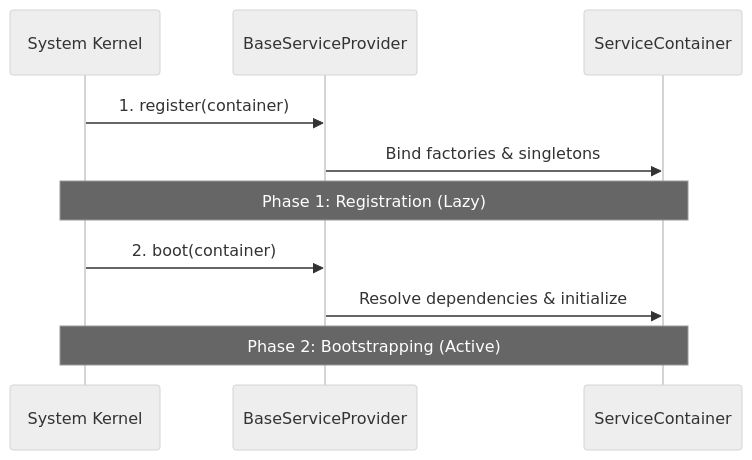
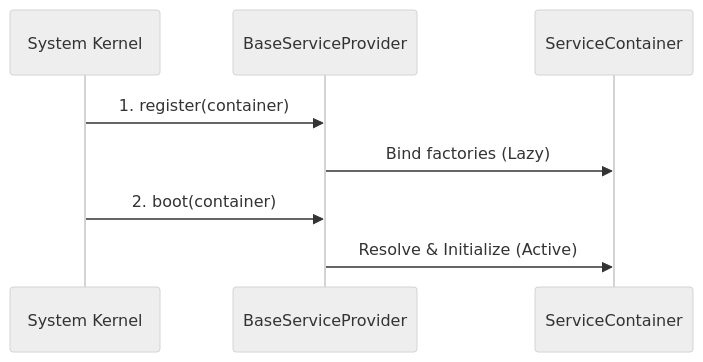
Before and after one commit to mnaatjes/oregon-trail-clone: the second of 4 diagrams in docs/design/contracts.md, drawn with Mermaid (neutral theme). The commit also changed other lines of this file, not shown here.

````diff
--- a/docs/design/contracts.md
+++ b/docs/design/contracts.md
@@ -60,14 +70,12 @@
 ```mermaid
 sequenceDiagram
     participant Kernel as System Kernel
     participant Provider as BaseServiceProvider
     participant Container as ServiceContainer
 
     Kernel->>Provider: 1. register(container)
-    Provider->>Container: Bind factories & singletons
-    Note over Kernel,Container: Phase 1: Registration (Lazy)
+    Provider->>Container: Bind factories (Lazy)
     
     Kernel->>Provider: 2. boot(container)
-    Provider->>Container: Resolve dependencies & initialize
-    Note over Kernel,Container: Phase 2: Bootstrapping (Active)
+    Provider->>Container: Resolve & Initialize (Active)
 ```
````
